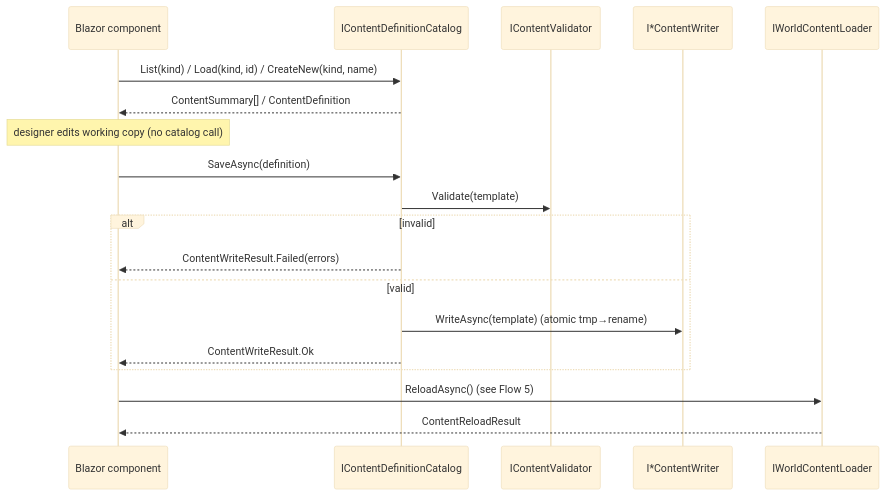
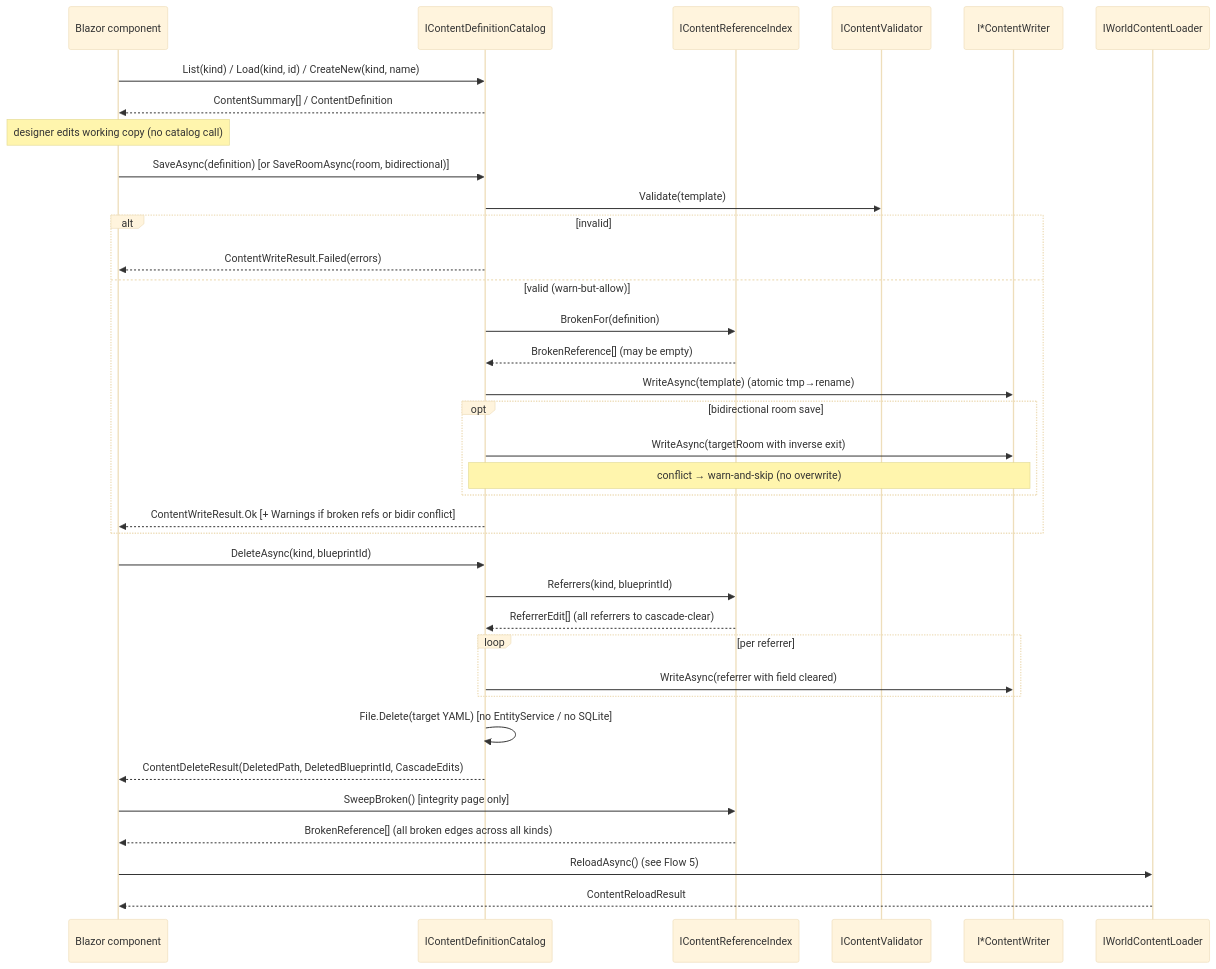
Before and after one commit to dmbyer/Hedron: the second of 2 diagrams in docs/architecture/flows/flow-29-bulk-content-generation.md, drawn with Mermaid (base theme). The commit also changed other lines of this file and 28 other files, not shown here.

First line of the commit message:
Content-editor: area filters, referential integrity & delete (#123)

````diff
--- a/docs/architecture/flows/flow-29-bulk-content-generation.md
+++ b/docs/architecture/flows/flow-29-bulk-content-generation.md
@@ -49,22 +49,39 @@
 ```mermaid
 sequenceDiagram
     participant UI as Blazor component
     participant Cat as IContentDefinitionCatalog
+    participant Idx as IContentReferenceIndex
     participant Val as IContentValidator
     participant W as I*ContentWriter
     participant WCL as IWorldContentLoader
 
     UI->>Cat: List(kind) / Load(kind, id) / CreateNew(kind, name)
     Cat-->>UI: ContentSummary[] / ContentDefinition
     Note over UI: designer edits working copy (no catalog call)
-    UI->>Cat: SaveAsync(definition)
+    UI->>Cat: SaveAsync(definition)  [or SaveRoomAsync(room, bidirectional)]
     Cat->>Val: Validate(template)
     alt invalid
         Cat-->>UI: ContentWriteResult.Failed(errors)
-    else valid
+    else valid (warn-but-allow)
+        Cat->>Idx: BrokenFor(definition)
+        Idx-->>Cat: BrokenReference[] (may be empty)
         Cat->>W: WriteAsync(template) (atomic tmp→rename)
-        Cat-->>UI: ContentWriteResult.Ok
+        opt bidirectional room save
+            Cat->>W: WriteAsync(targetRoom with inverse exit)
+            Note over Cat,W: conflict → warn-and-skip (no overwrite)
+        end
+        Cat-->>UI: ContentWriteResult.Ok [+ Warnings if broken refs or bidir conflict]
     end
+    UI->>Cat: DeleteAsync(kind, blueprintId)
+    Cat->>Idx: Referrers(kind, blueprintId)
+    Idx-->>Cat: ReferrerEdit[] (all referrers to cascade-clear)
+    loop per referrer
+        Cat->>W: WriteAsync(referrer with field cleared)
+    end
+    Cat->>Cat: File.Delete(target YAML)  [no EntityService / no SQLite]
+    Cat-->>UI: ContentDeleteResult(DeletedPath, DeletedBlueprintId, CascadeEdits)
+    UI->>Idx: SweepBroken()  [integrity page only]
+    Idx-->>UI: BrokenReference[] (all broken edges across all kinds)
     UI->>WCL: ReloadAsync()  (see Flow 5)
     WCL-->>UI: ContentReloadResult
 ```
````
